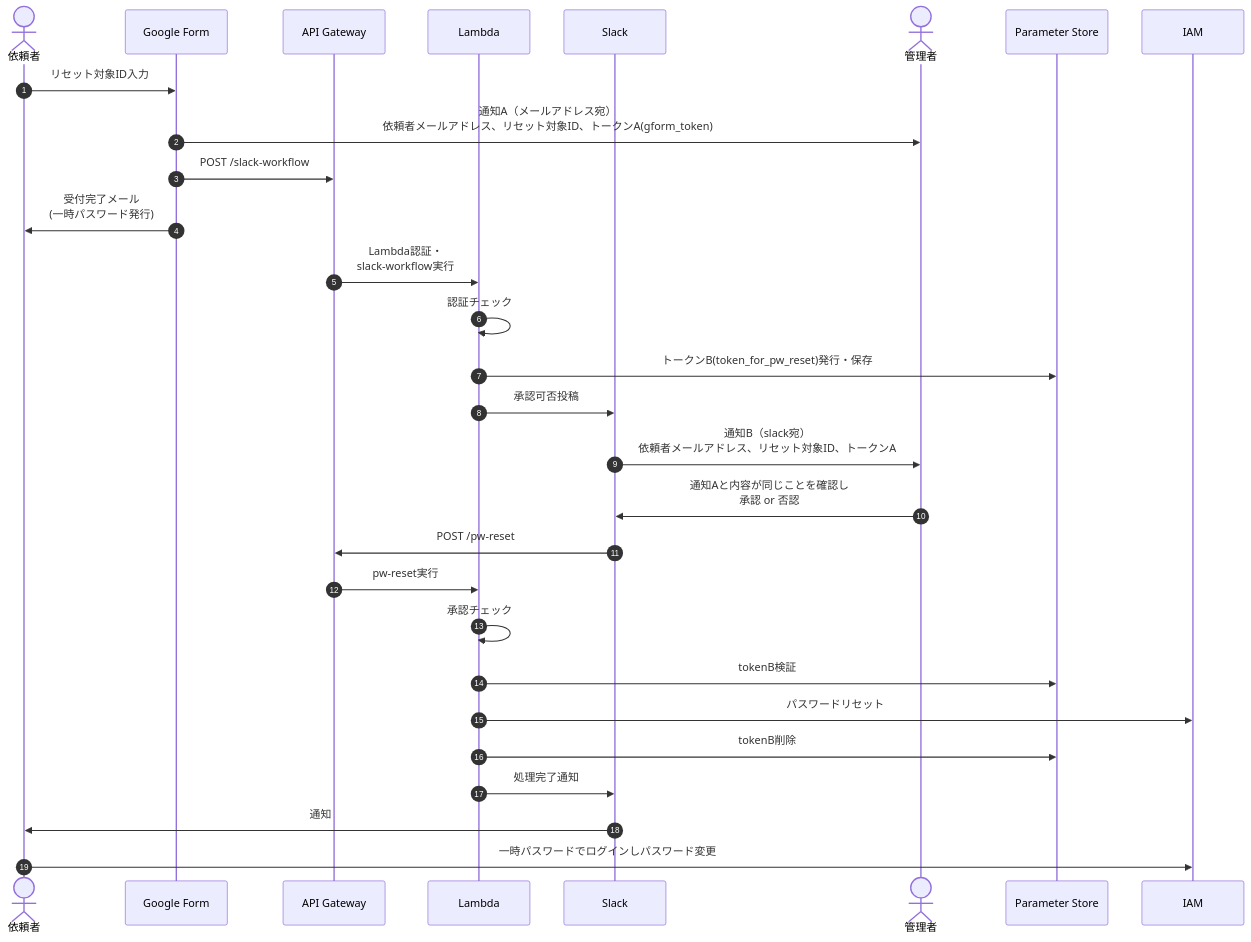
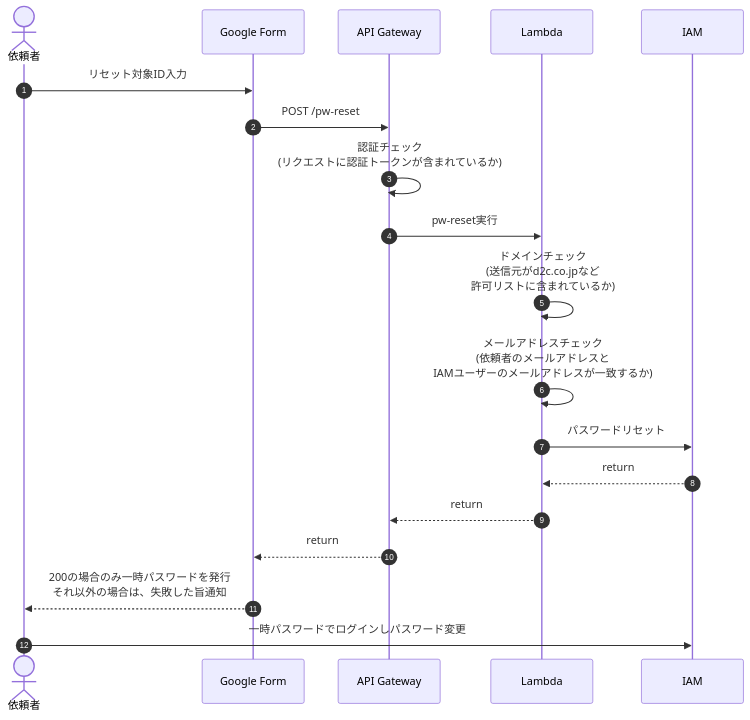
The diagram in README.md (hige-dev/pw-reset), drawn with Mermaid before and after one commit. The commit also changed 1 other file, not shown here.

Commit message:
fix sequence

````diff
--- a/README.md
+++ b/README.md
@@ -66,31 +66,21 @@
 ```mermaid
 sequenceDiagram
   autonumber
   actor line_2 as 依頼者
   participant line_1 as Google Form
   participant line_3 as API Gateway
   participant line_5 as Lambda
-  participant line_6 as Slack
-  actor line_7 as 管理者
-  participant line_11 as Parameter Store
   participant line_10 as IAM
   line_2 ->> line_1: リセット対象ID入力
-  line_1 ->> line_7: 通知A（メールアドレス宛）<br>依頼者メールアドレス、リセット対象ID、トークンA(gform_token)
-  line_1 ->> line_3: POST /slack-workflow
-  line_1 ->> line_2: 受付完了メール<br>(一時パスワード発行)
-  line_3 ->> line_5: Lambda認証・<br>slack-workflow実行
-  line_5 ->> line_5: 認証チェック
-  line_5 ->> line_11: トークンB(token_for_pw_reset)発行・保存
-  line_5 ->> line_6: 承認可否投稿
-  line_6 ->> line_7: 通知B（slack宛）<br>依頼者メールアドレス、リセット対象ID、トークンA
-  line_7 ->> line_6: 通知Aと内容が同じことを確認し<br>承認 or 否認
-  line_6 ->> line_3: POST /pw-reset
+  line_1 ->> line_3: POST /pw-reset
+  line_3 ->> line_3: 認証チェック<br>(リクエストに認証トークンが含まれているか)
   line_3 ->> line_5: pw-reset実行
-  line_5 ->> line_5: 承認チェック
-  line_5 ->> line_11: tokenB検証
+  line_5 ->> line_5: ドメインチェック<br>(送信元がd2c.co.jpなど<br>許可リストに含まれているか)
+  line_5 ->> line_5: メールアドレスチェック<br>(依頼者のメールアドレスと<br>IAMユーザーのメールアドレスが一致するか)
   line_5 ->> line_10: パスワードリセット
-  line_5 ->> line_11: tokenB削除
-  line_5 ->> line_6: 処理完了通知
-  line_6 ->> line_2: 通知
+  line_10 -->> line_5: return
+  line_5 -->> line_3: return
+  line_3 -->> line_1: return
+  line_1 -->> line_2: 200の場合のみ一時パスワードを発行<br>それ以外の場合は、失敗した旨通知
   line_2 ->> line_10: 一時パスワードでログインしパスワード変更
 ```
````
